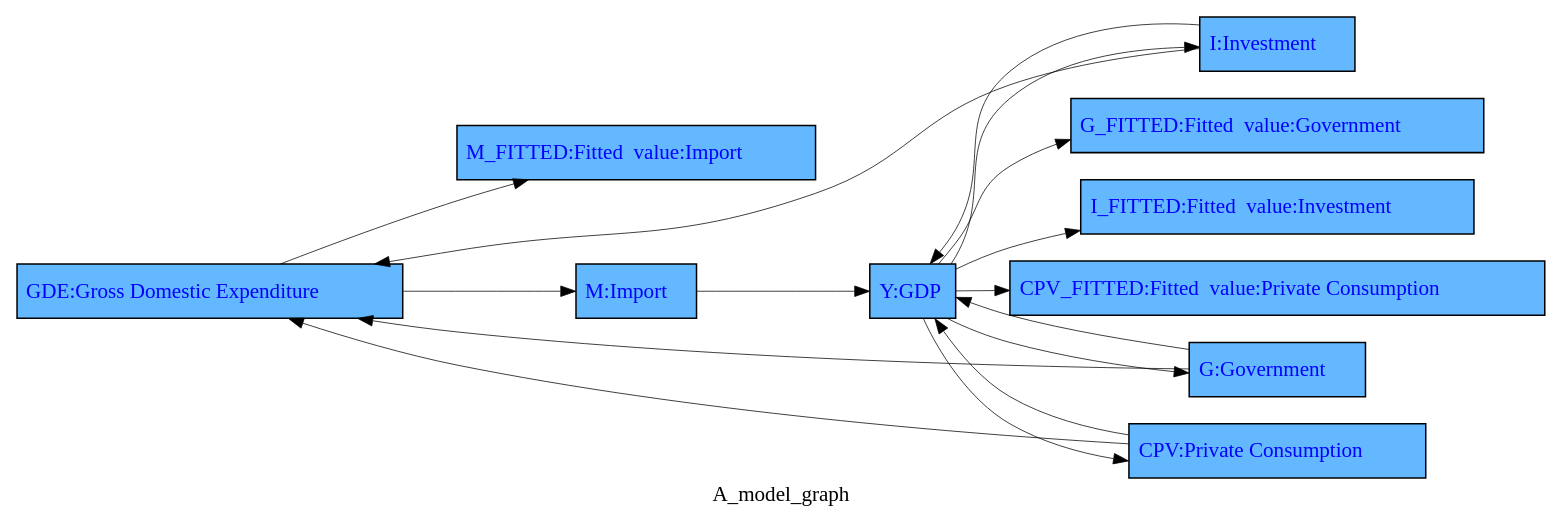
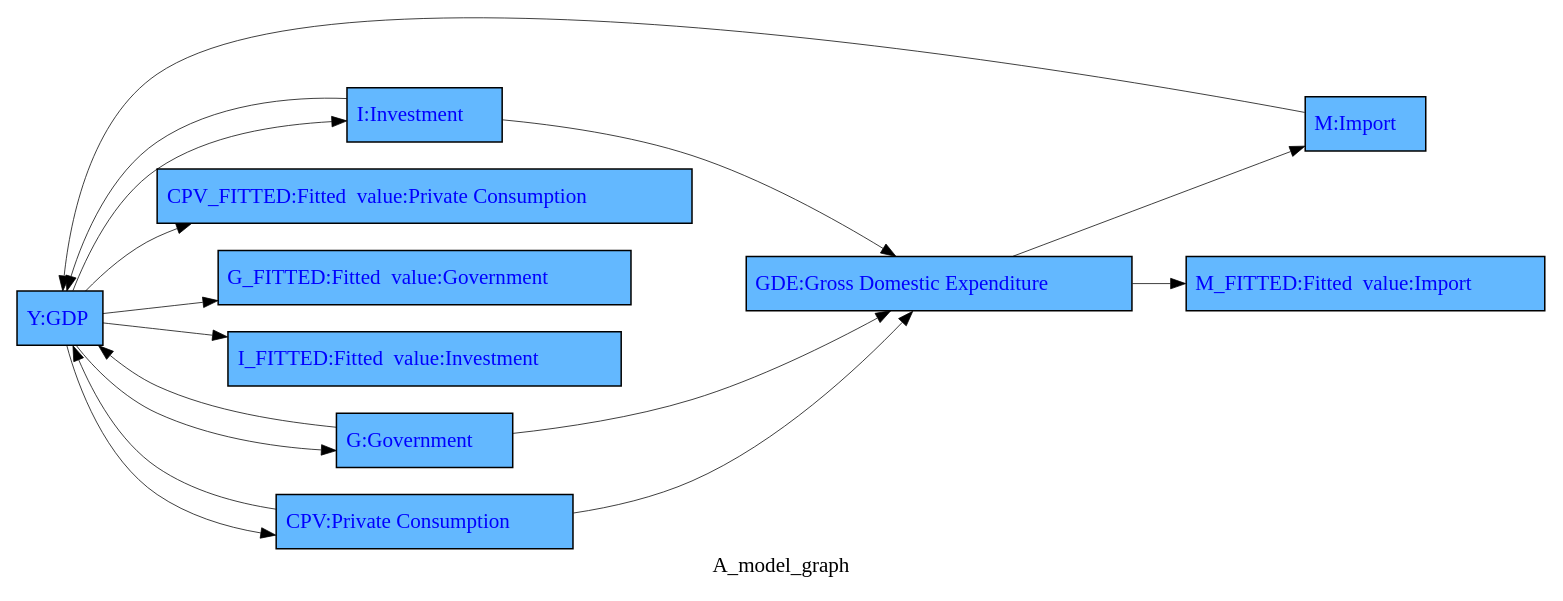
One commit to IbHansen/modelflow-manual changed the diagram in working_paper/thebook/content/howto/smallmodel/graph/A_model_graph.gv. Above: the diagram before and after it, drawn with Graphviz. The commit also changed 306 other files, not shown here.

```diff
--- a/working_paper/thebook/content/howto/smallmodel/graph/A_model_graph.gv
+++ b/working_paper/thebook/content/howto/smallmodel/graph/A_model_graph.gv
@@ -1,30 +1,30 @@
 digraph TD { rankdir ="LR" 
 {node  [margin=0.025 fontcolor=blue style=filled ] 
- "M_FITTED" [ shape=box fillcolor= steelblue1 tooltip="Fitted  value:Import&#10;FRML &lt;FIT&gt; M_FITTED = M(-1)*EXP( (-C2_M*(LOG(M(-1))-LOG(GDE(-1))-C1_M)+C3_M*((LOG(GDE))-(LOG(GDE(-1))))) )&#36;"  margin=0.025 fontcolor=blue style = filled  label=<<TABLE BORDER='0' CELLBORDER = '0' style = "filled"  > <TR><TD tooltip="Fitted  value:Import&#10;FRML &lt;FIT&gt; M_FITTED = M(-1)*EXP( (-C2_M*(LOG(M(-1))-LOG(GDE(-1))-C1_M)+C3_M*((LOG(GDE))-(LOG(GDE(-1))))) )&#36;">M_FITTED:Fitted  value:Import</TD></TR> </TABLE>> ]
+ "CPV_FITTED" [ shape=box fillcolor= steelblue1 tooltip="Fitted  value:Private Consumption&#10;FRML &lt;FIT&gt; CPV_FITTED = CPV(-1)*EXP( (-C2_CPV*(LOG(CPV(-1))-LOG(Y(-1))-C1_CPV)+C3_CPV*((LOG(Y))-(LOG(Y(-1))))) )&#36;"  margin=0.025 fontcolor=blue style = filled  label=<<TABLE BORDER='0' CELLBORDER = '0' style = "filled"  > <TR><TD tooltip="Fitted  value:Private Consumption&#10;FRML &lt;FIT&gt; CPV_FITTED = CPV(-1)*EXP( (-C2_CPV*(LOG(CPV(-1))-LOG(Y(-1))-C1_CPV)+C3_CPV*((LOG(Y))-(LOG(Y(-1))))) )&#36;">CPV_FITTED:Fitted  value:Private Consumption</TD></TR> </TABLE>> ]
+"I" [ shape=box fillcolor= steelblue1 tooltip="Investment&#10;FRML &lt;FIXABLE, DAMP&gt; I = (I(-1)*EXP(I_A+ (-C2_I*(LOG(I(-1))-LOG(Y(-1)-G(-1))-C1_I)+C3_I*((LOG(Y))-(LOG(Y(-1))))) )) * (1-I_D)+ I_X*I_D &#36;"  margin=0.025 fontcolor=blue style = filled  label=<<TABLE BORDER='0' CELLBORDER = '0' style = "filled"  > <TR><TD tooltip="Investment&#10;FRML &lt;FIXABLE, DAMP&gt; I = (I(-1)*EXP(I_A+ (-C2_I*(LOG(I(-1))-LOG(Y(-1)-G(-1))-C1_I)+C3_I*((LOG(Y))-(LOG(Y(-1))))) )) * (1-I_D)+ I_X*I_D &#36;">I:Investment</TD></TR> </TABLE>> ]
+"GDE" [ shape=box fillcolor= steelblue1 tooltip="Gross Domestic Expenditure&#10;FRML &lt;IDENT&gt; GDE = CPV+I+G&#36;"  margin=0.025 fontcolor=blue style = filled  label=<<TABLE BORDER='0' CELLBORDER = '0' style = "filled"  > <TR><TD tooltip="Gross Domestic Expenditure&#10;FRML &lt;IDENT&gt; GDE = CPV+I+G&#36;">GDE:Gross Domestic Expenditure</TD></TR> </TABLE>> ]
 "G_FITTED" [ shape=box fillcolor= steelblue1 tooltip="Fitted  value:Government&#10;FRML &lt;FIT&gt; G_FITTED = G(-1)*EXP( (-C2_G*(LOG(G(-1))-LOG(Y(-1))-C1_G)+C3_G*((LOG(Y))-(LOG(Y(-1))))) )&#36;"  margin=0.025 fontcolor=blue style = filled  label=<<TABLE BORDER='0' CELLBORDER = '0' style = "filled"  > <TR><TD tooltip="Fitted  value:Government&#10;FRML &lt;FIT&gt; G_FITTED = G(-1)*EXP( (-C2_G*(LOG(G(-1))-LOG(Y(-1))-C1_G)+C3_G*((LOG(Y))-(LOG(Y(-1))))) )&#36;">G_FITTED:Fitted  value:Government</TD></TR> </TABLE>> ]
-"GDE" [ shape=box fillcolor= steelblue1 tooltip="Gross Domestic Expenditure&#10;FRML &lt;IDENT&gt; GDE = CPV+I+G&#36;"  margin=0.025 fontcolor=blue style = filled  label=<<TABLE BORDER='0' CELLBORDER = '0' style = "filled"  > <TR><TD tooltip="Gross Domestic Expenditure&#10;FRML &lt;IDENT&gt; GDE = CPV+I+G&#36;">GDE:Gross Domestic Expenditure</TD></TR> </TABLE>> ]
-"I" [ shape=box fillcolor= steelblue1 tooltip="Investment&#10;FRML &lt;FIXABLE, DAMP&gt; I = (I(-1)*EXP(I_A+ (-C2_I*(LOG(I(-1))-LOG(Y(-1)-G(-1))-C1_I)+C3_I*((LOG(Y))-(LOG(Y(-1))))) )) * (1-I_D)+ I_X*I_D &#36;"  margin=0.025 fontcolor=blue style = filled  label=<<TABLE BORDER='0' CELLBORDER = '0' style = "filled"  > <TR><TD tooltip="Investment&#10;FRML &lt;FIXABLE, DAMP&gt; I = (I(-1)*EXP(I_A+ (-C2_I*(LOG(I(-1))-LOG(Y(-1)-G(-1))-C1_I)+C3_I*((LOG(Y))-(LOG(Y(-1))))) )) * (1-I_D)+ I_X*I_D &#36;">I:Investment</TD></TR> </TABLE>> ]
+"M" [ shape=box fillcolor= steelblue1 tooltip="Import&#10;FRML &lt;FIXABLE, DAMP&gt; M = (M(-1)*EXP(M_A+ (-C2_M*(LOG(M(-1))-LOG(GDE(-1))-C1_M)+C3_M*((LOG(GDE))-(LOG(GDE(-1))))) )) * (1-M_D)+ M_X*M_D &#36;"  margin=0.025 fontcolor=blue style = filled  label=<<TABLE BORDER='0' CELLBORDER = '0' style = "filled"  > <TR><TD tooltip="Import&#10;FRML &lt;FIXABLE, DAMP&gt; M = (M(-1)*EXP(M_A+ (-C2_M*(LOG(M(-1))-LOG(GDE(-1))-C1_M)+C3_M*((LOG(GDE))-(LOG(GDE(-1))))) )) * (1-M_D)+ M_X*M_D &#36;">M:Import</TD></TR> </TABLE>> ]
 "Y" [ shape=box fillcolor= steelblue1 tooltip="GDP&#10;FRML &lt;IDENT&gt; Y = CPV+I+G+X-M+YDISC&#36;"  margin=0.025 fontcolor=blue style = filled  label=<<TABLE BORDER='0' CELLBORDER = '0' style = "filled"  > <TR><TD tooltip="GDP&#10;FRML &lt;IDENT&gt; Y = CPV+I+G+X-M+YDISC&#36;">Y:GDP</TD></TR> </TABLE>> ]
+"I_FITTED" [ shape=box fillcolor= steelblue1 tooltip="Fitted  value:Investment&#10;FRML &lt;FIT&gt; I_FITTED = I(-1)*EXP( (-C2_I*(LOG(I(-1))-LOG(Y(-1)-G(-1))-C1_I)+C3_I*((LOG(Y))-(LOG(Y(-1))))) )&#36;"  margin=0.025 fontcolor=blue style = filled  label=<<TABLE BORDER='0' CELLBORDER = '0' style = "filled"  > <TR><TD tooltip="Fitted  value:Investment&#10;FRML &lt;FIT&gt; I_FITTED = I(-1)*EXP( (-C2_I*(LOG(I(-1))-LOG(Y(-1)-G(-1))-C1_I)+C3_I*((LOG(Y))-(LOG(Y(-1))))) )&#36;">I_FITTED:Fitted  value:Investment</TD></TR> </TABLE>> ]
 "G" [ shape=box fillcolor= steelblue1 tooltip="Government&#10;FRML &lt;FIXABLE, DAMP&gt; G = (G(-1)*EXP(G_A+ (-C2_G*(LOG(G(-1))-LOG(Y(-1))-C1_G)+C3_G*((LOG(Y))-(LOG(Y(-1))))) )) * (1-G_D)+ G_X*G_D &#36;"  margin=0.025 fontcolor=blue style = filled  label=<<TABLE BORDER='0' CELLBORDER = '0' style = "filled"  > <TR><TD tooltip="Government&#10;FRML &lt;FIXABLE, DAMP&gt; G = (G(-1)*EXP(G_A+ (-C2_G*(LOG(G(-1))-LOG(Y(-1))-C1_G)+C3_G*((LOG(Y))-(LOG(Y(-1))))) )) * (1-G_D)+ G_X*G_D &#36;">G:Government</TD></TR> </TABLE>> ]
-"I_FITTED" [ shape=box fillcolor= steelblue1 tooltip="Fitted  value:Investment&#10;FRML &lt;FIT&gt; I_FITTED = I(-1)*EXP( (-C2_I*(LOG(I(-1))-LOG(Y(-1)-G(-1))-C1_I)+C3_I*((LOG(Y))-(LOG(Y(-1))))) )&#36;"  margin=0.025 fontcolor=blue style = filled  label=<<TABLE BORDER='0' CELLBORDER = '0' style = "filled"  > <TR><TD tooltip="Fitted  value:Investment&#10;FRML &lt;FIT&gt; I_FITTED = I(-1)*EXP( (-C2_I*(LOG(I(-1))-LOG(Y(-1)-G(-1))-C1_I)+C3_I*((LOG(Y))-(LOG(Y(-1))))) )&#36;">I_FITTED:Fitted  value:Investment</TD></TR> </TABLE>> ]
-"CPV_FITTED" [ shape=box fillcolor= steelblue1 tooltip="Fitted  value:Private Consumption&#10;FRML &lt;FIT&gt; CPV_FITTED = CPV(-1)*EXP( (-C2_CPV*(LOG(CPV(-1))-LOG(Y(-1))-C1_CPV)+C3_CPV*((LOG(Y))-(LOG(Y(-1))))) )&#36;"  margin=0.025 fontcolor=blue style = filled  label=<<TABLE BORDER='0' CELLBORDER = '0' style = "filled"  > <TR><TD tooltip="Fitted  value:Private Consumption&#10;FRML &lt;FIT&gt; CPV_FITTED = CPV(-1)*EXP( (-C2_CPV*(LOG(CPV(-1))-LOG(Y(-1))-C1_CPV)+C3_CPV*((LOG(Y))-(LOG(Y(-1))))) )&#36;">CPV_FITTED:Fitted  value:Private Consumption</TD></TR> </TABLE>> ]
-"M" [ shape=box fillcolor= steelblue1 tooltip="Import&#10;FRML &lt;FIXABLE, DAMP&gt; M = (M(-1)*EXP(M_A+ (-C2_M*(LOG(M(-1))-LOG(GDE(-1))-C1_M)+C3_M*((LOG(GDE))-(LOG(GDE(-1))))) )) * (1-M_D)+ M_X*M_D &#36;"  margin=0.025 fontcolor=blue style = filled  label=<<TABLE BORDER='0' CELLBORDER = '0' style = "filled"  > <TR><TD tooltip="Import&#10;FRML &lt;FIXABLE, DAMP&gt; M = (M(-1)*EXP(M_A+ (-C2_M*(LOG(M(-1))-LOG(GDE(-1))-C1_M)+C3_M*((LOG(GDE))-(LOG(GDE(-1))))) )) * (1-M_D)+ M_X*M_D &#36;">M:Import</TD></TR> </TABLE>> ]
-"CPV" [ shape=box fillcolor= steelblue1 tooltip="Private Consumption&#10;FRML &lt;FIXABLE, DAMP&gt; CPV = (CPV(-1)*EXP(CPV_A+ (-C2_CPV*(LOG(CPV(-1))-LOG(Y(-1))-C1_CPV)+C3_CPV*((LOG(Y))-(LOG(Y(-1))))) )) * (1-CPV_D)+ CPV_X*CPV_D &#36;"  margin=0.025 fontcolor=blue style = filled  label=<<TABLE BORDER='0' CELLBORDER = '0' style = "filled"  > <TR><TD tooltip="Private Consumption&#10;FRML &lt;FIXABLE, DAMP&gt; CPV = (CPV(-1)*EXP(CPV_A+ (-C2_CPV*(LOG(CPV(-1))-LOG(Y(-1))-C1_CPV)+C3_CPV*((LOG(Y))-(LOG(Y(-1))))) )) * (1-CPV_D)+ CPV_X*CPV_D &#36;">CPV:Private Consumption</TD></TR> </TABLE>> ] 
+"CPV" [ shape=box fillcolor= steelblue1 tooltip="Private Consumption&#10;FRML &lt;FIXABLE, DAMP&gt; CPV = (CPV(-1)*EXP(CPV_A+ (-C2_CPV*(LOG(CPV(-1))-LOG(Y(-1))-C1_CPV)+C3_CPV*((LOG(Y))-(LOG(Y(-1))))) )) * (1-CPV_D)+ CPV_X*CPV_D &#36;"  margin=0.025 fontcolor=blue style = filled  label=<<TABLE BORDER='0' CELLBORDER = '0' style = "filled"  > <TR><TD tooltip="Private Consumption&#10;FRML &lt;FIXABLE, DAMP&gt; CPV = (CPV(-1)*EXP(CPV_A+ (-C2_CPV*(LOG(CPV(-1))-LOG(Y(-1))-C1_CPV)+C3_CPV*((LOG(Y))-(LOG(Y(-1))))) )) * (1-CPV_D)+ CPV_X*CPV_D &#36;">CPV:Private Consumption</TD></TR> </TABLE>> ]
+"M_FITTED" [ shape=box fillcolor= steelblue1 tooltip="Fitted  value:Import&#10;FRML &lt;FIT&gt; M_FITTED = M(-1)*EXP( (-C2_M*(LOG(M(-1))-LOG(GDE(-1))-C1_M)+C3_M*((LOG(GDE))-(LOG(GDE(-1))))) )&#36;"  margin=0.025 fontcolor=blue style = filled  label=<<TABLE BORDER='0' CELLBORDER = '0' style = "filled"  > <TR><TD tooltip="Fitted  value:Import&#10;FRML &lt;FIT&gt; M_FITTED = M(-1)*EXP( (-C2_M*(LOG(M(-1))-LOG(GDE(-1))-C1_M)+C3_M*((LOG(GDE))-(LOG(GDE(-1))))) )&#36;">M_FITTED:Fitted  value:Import</TD></TR> </TABLE>> ] 
 } 
 "GDE" -> "M_FITTED" [ style = filled tooltip=NA href="bogus" penwidth = 0.5 ]
+"G" -> "GDE" [ style = filled tooltip=NA href="bogus" penwidth = 0.5 ]
+"Y" -> "I_FITTED" [ style = filled tooltip=NA href="bogus" penwidth = 0.5 ]
+"Y" -> "I" [ style = filled tooltip=NA href="bogus" penwidth = 0.5 ]
+"M" -> "Y" [ style = filled tooltip=NA href="bogus" penwidth = 0.5 ]
+"G" -> "Y" [ style = filled tooltip=NA href="bogus" penwidth = 0.5 ]
+"Y" -> "G" [ style = filled tooltip=NA href="bogus" penwidth = 0.5 ]
+"I" -> "GDE" [ style = filled tooltip=NA href="bogus" penwidth = 0.5 ]
+"Y" -> "CPV_FITTED" [ style = filled tooltip=NA href="bogus" penwidth = 0.5 ]
+"CPV" -> "GDE" [ style = filled tooltip=NA href="bogus" penwidth = 0.5 ]
+"Y" -> "CPV" [ style = filled tooltip=NA href="bogus" penwidth = 0.5 ]
+"I" -> "Y" [ style = filled tooltip=NA href="bogus" penwidth = 0.5 ]
 "Y" -> "G_FITTED" [ style = filled tooltip=NA href="bogus" penwidth = 0.5 ]
-"M" -> "Y" [ style = filled tooltip=NA href="bogus" penwidth = 0.5 ]
-"I" -> "Y" [ style = filled tooltip=NA href="bogus" penwidth = 0.5 ]
-"I" -> "GDE" [ style = filled tooltip=NA href="bogus" penwidth = 0.5 ]
-"G" -> "GDE" [ style = filled tooltip=NA href="bogus" penwidth = 0.5 ]
 "GDE" -> "M" [ style = filled tooltip=NA href="bogus" penwidth = 0.5 ]
-"Y" -> "I" [ style = filled tooltip=NA href="bogus" penwidth = 0.5 ]
-"Y" -> "G" [ style = filled tooltip=NA href="bogus" penwidth = 0.5 ]
-"Y" -> "CPV_FITTED" [ style = filled tooltip=NA href="bogus" penwidth = 0.5 ]
-"Y" -> "I_FITTED" [ style = filled tooltip=NA href="bogus" penwidth = 0.5 ]
-"Y" -> "CPV" [ style = filled tooltip=NA href="bogus" penwidth = 0.5 ]
 "CPV" -> "Y" [ style = filled tooltip=NA href="bogus" penwidth = 0.5 ]
-"CPV" -> "GDE" [ style = filled tooltip=NA href="bogus" penwidth = 0.5 ]
-"G" -> "Y" [ style = filled tooltip=NA href="bogus" penwidth = 0.5 ]
  label = "A_model_graph";
 }
```
